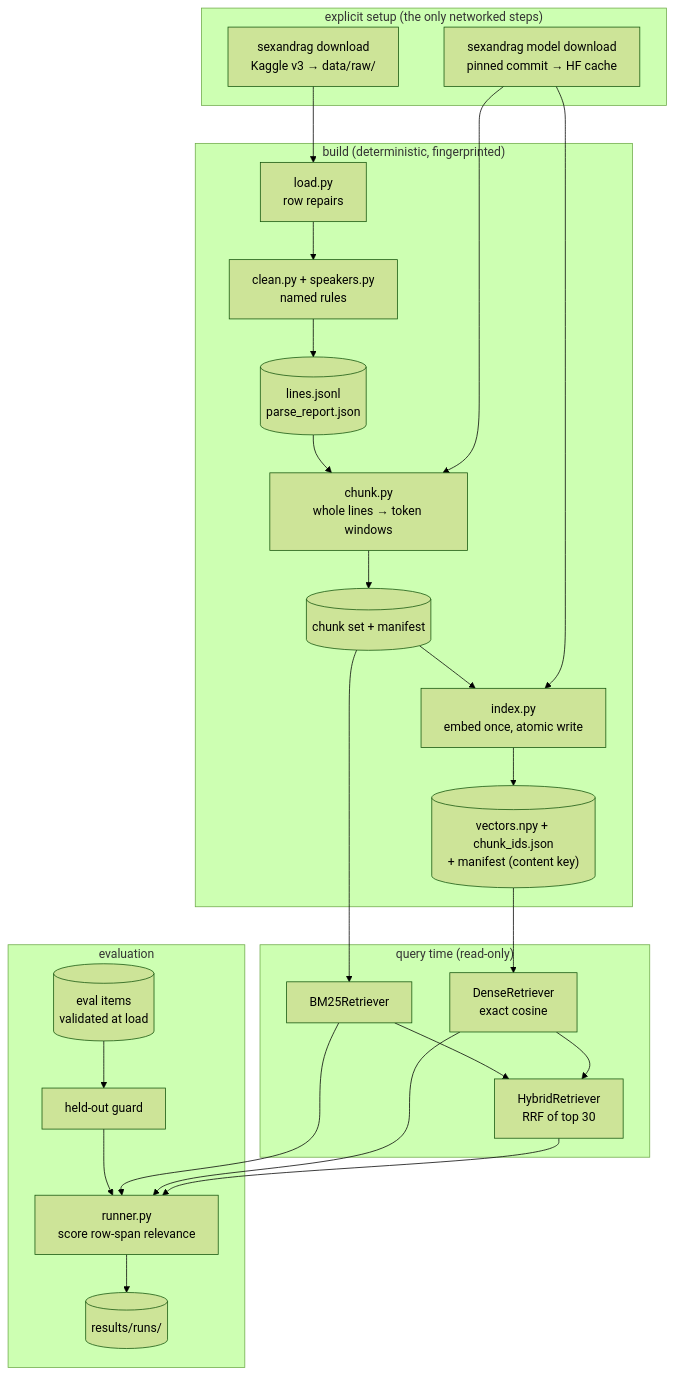
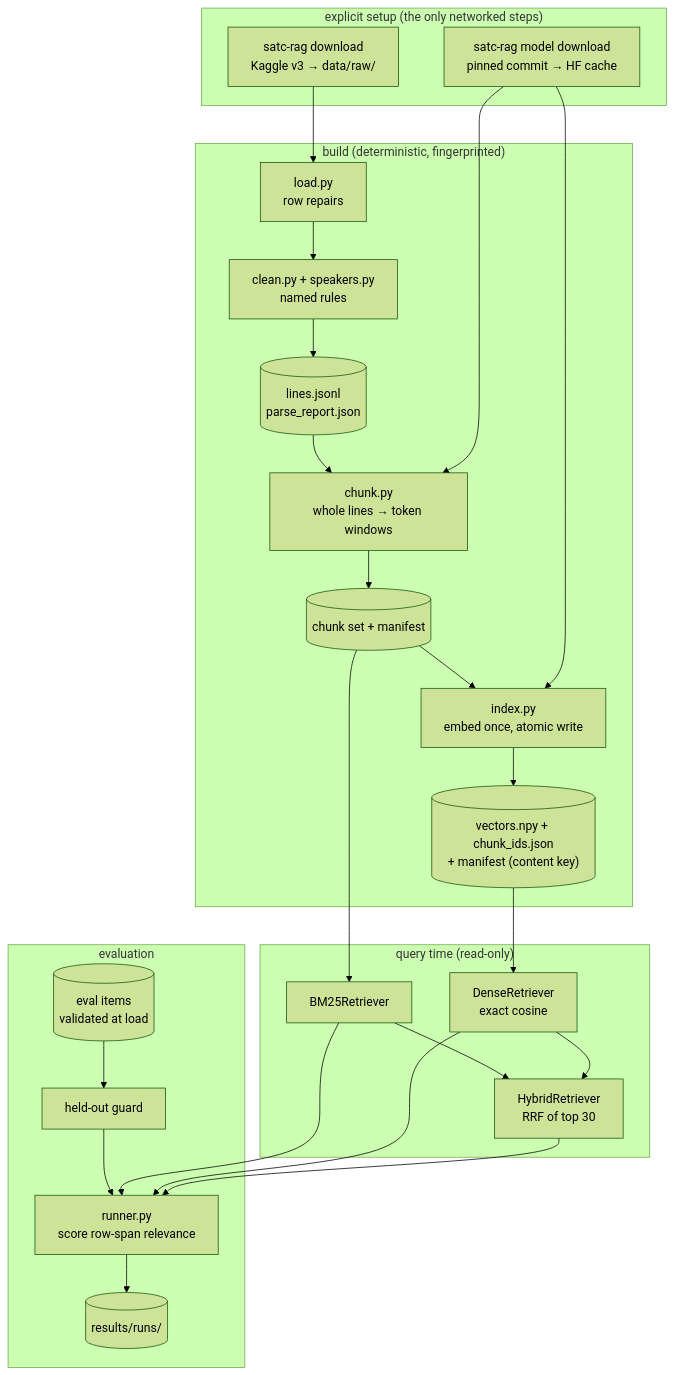
The diagram in docs/architecture.md (CtianArtist/SATCRag), drawn with Mermaid (forest theme) before and after one commit. The commit also changed other lines of this file and 104 other files, not shown here.

````diff
--- a/docs/architecture.md
+++ b/docs/architecture.md
@@ -16,35 +16,35 @@
 ```mermaid
 flowchart TB
     subgraph setup["explicit setup (the only networked steps)"]
-        DL["sexandrag download<br/>Kaggle v3 → data/raw/"]
-        MD["sexandrag model download<br/>pinned commit → HF cache"]
+        DL["satc-rag download<br/>Kaggle v3 → data/raw/"]
+        MD["satc-rag model download<br/>pinned commit → HF cache"]
     end
     subgraph build["build (deterministic, fingerprinted)"]
         LOAD["load.py<br/>row repairs"] --> CLEAN["clean.py + speakers.py<br/>named rules"]
         CLEAN --> LINES[("lines.jsonl<br/>parse_report.json")]
         LINES --> CHUNK["chunk.py<br/>whole lines → token windows"]
         CHUNK --> CS[("chunk set + manifest")]
         CS --> INDEX["index.py<br/>embed once, atomic write"]
         INDEX --> VEC[("vectors.npy + chunk_ids.json<br/>+ manifest (content key)")]
     end
     subgraph query["query time (read-only)"]
         BM25["BM25Retriever"]
         DENSE["DenseRetriever<br/>exact cosine"]
         HYB["HybridRetriever<br/>RRF of top 30"]
         BM25 --> HYB
         DENSE --> HYB
     end
     subgraph evaluate["evaluation"]
         ITEMS[("eval items<br/>validated at load")] --> GUARD["held-out guard"]
         GUARD --> RUN["runner.py<br/>score row-span relevance"]
         RUN --> OUT[("results/runs/")]
     end
     DL --> LOAD
     MD --> CHUNK
     MD --> INDEX
     CS --> BM25
     VEC --> DENSE
     BM25 --> RUN
     DENSE --> RUN
     HYB --> RUN
 ```
````
